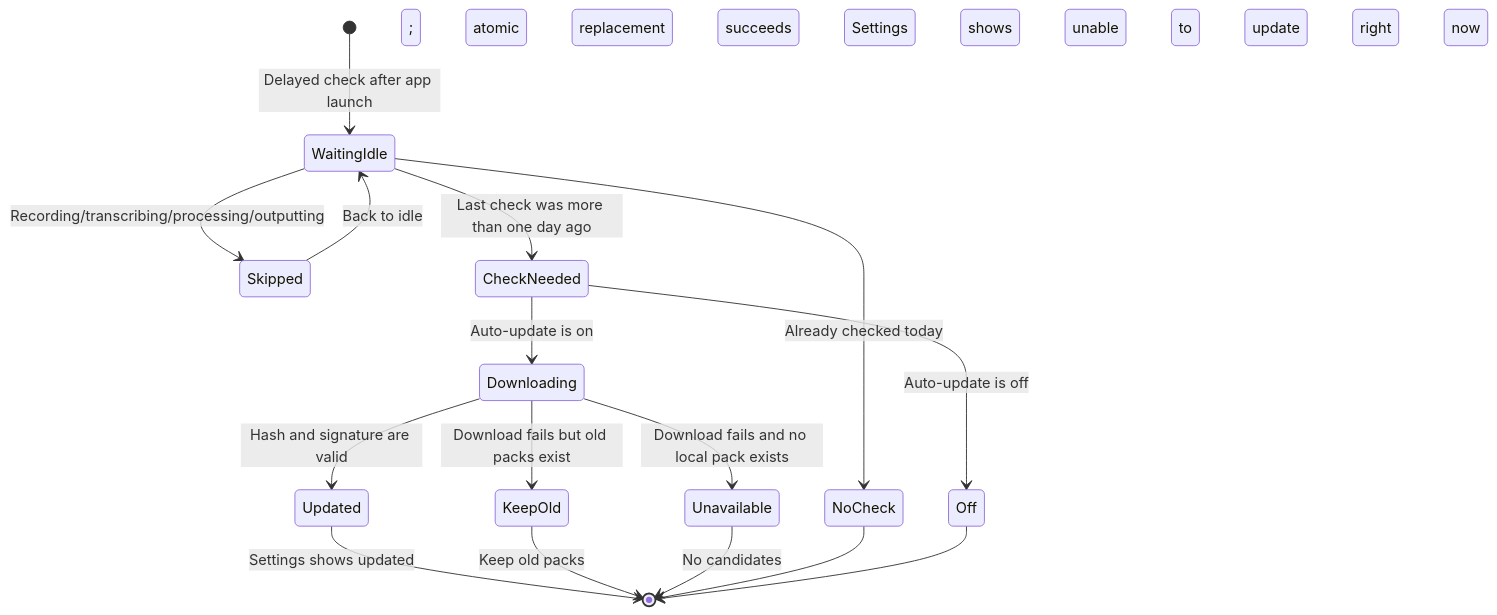
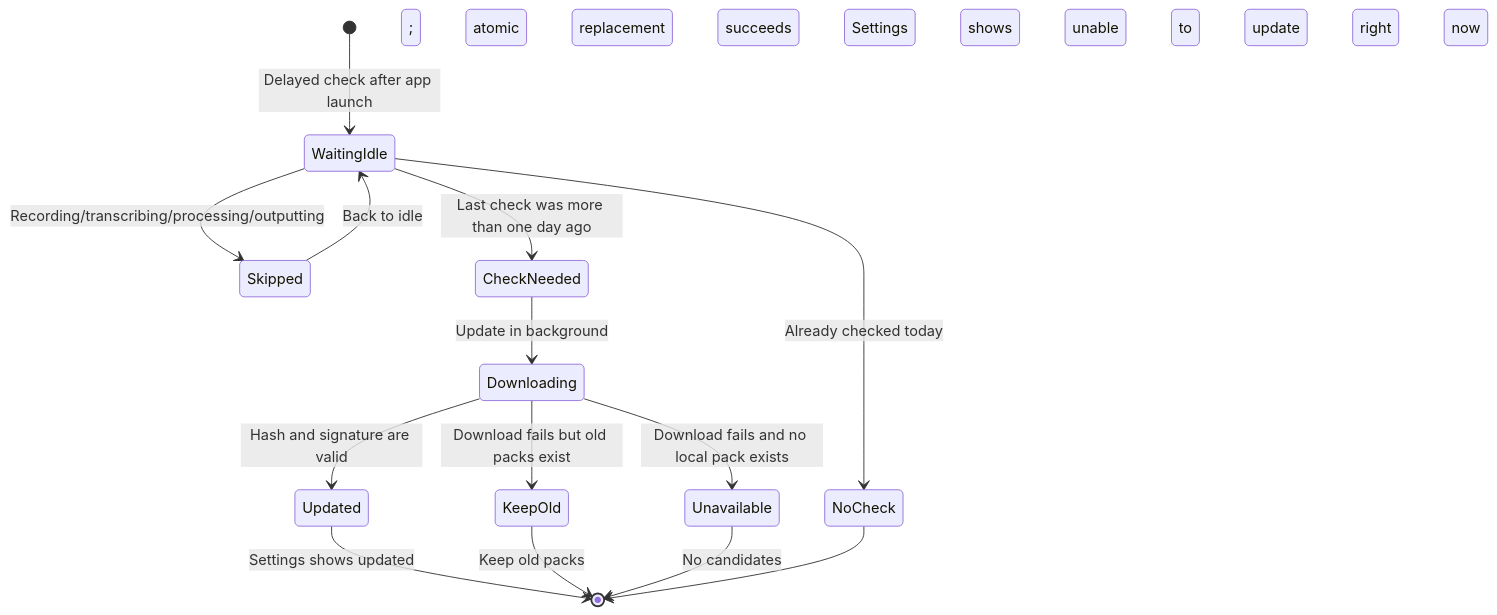
Before and after one commit to whnnick/readytype: the second of 4 diagrams in docs/versions/1.4.0/INTERACTION_FLOW.md, drawn with Mermaid. The commit also changed other lines of this file and 12 other files, not shown here.

````diff
--- a/docs/versions/1.4.0/INTERACTION_FLOW.md
+++ b/docs/versions/1.4.0/INTERACTION_FLOW.md
@@ -29,18 +25,16 @@
 ```mermaid
 stateDiagram-v2
     [*] --> WaitingIdle: Delayed check after app launch
     WaitingIdle --> Skipped: Recording/transcribing/processing/outputting
     Skipped --> WaitingIdle: Back to idle
     WaitingIdle --> CheckNeeded: Last check was more than one day ago
     WaitingIdle --> NoCheck: Already checked today
-    CheckNeeded --> Downloading: Auto-update is on
-    CheckNeeded --> Off: Auto-update is off
+    CheckNeeded --> Downloading: Update in background
     Downloading --> Updated: Hash and signature are valid; atomic replacement succeeds
     Downloading --> KeepOld: Download fails but old packs exist
     Downloading --> Unavailable: Download fails and no local pack exists
     Updated --> [*]: Settings shows updated
     KeepOld --> [*]: Keep old packs; Settings shows unable to update right now
     Unavailable --> [*]: No candidates; Settings shows unable to update right now
     NoCheck --> [*]
-    Off --> [*]
 ```
````
